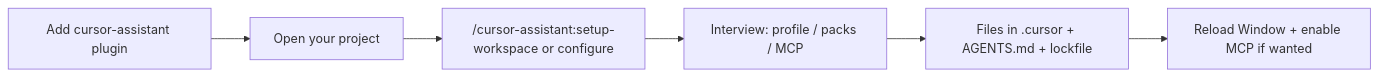
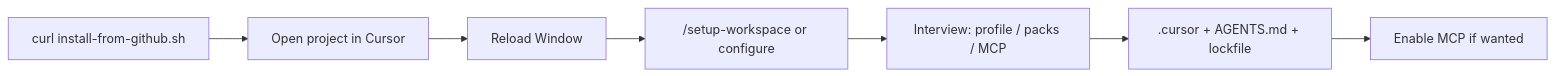
One commit to asafelobotomy/cursorassistant changed the diagram in docs/CURSOR_INSTALL_UX.md. Above: the diagram before and after it, drawn with Mermaid. The commit also changed other lines of this file and 16 other files, not shown here.

````diff
--- a/docs/CURSOR_INSTALL_UX.md
+++ b/docs/CURSOR_INSTALL_UX.md
@@ -7,8 +7,9 @@
 ```mermaid
 flowchart LR
-  A[Add cursor-assistant plugin] --> B[Open your project]
-  B --> C["/cursor-assistant:setup-workspace or configure"]
-  C --> D[Interview: profile / packs / MCP]
-  D --> E[Files in .cursor + AGENTS.md + lockfile]
-  E --> F[Reload Window + enable MCP if wanted]
+  A[curl install-from-github.sh] --> B[Open project in Cursor]
+  B --> C[Reload Window]
+  C --> D["/setup-workspace or configure"]
+  D --> E[Interview: profile / packs / MCP]
+  E --> F[.cursor + AGENTS.md + lockfile]
+  F --> G[Enable MCP if wanted]
 ```
````
